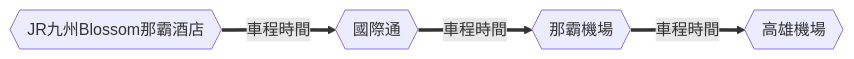
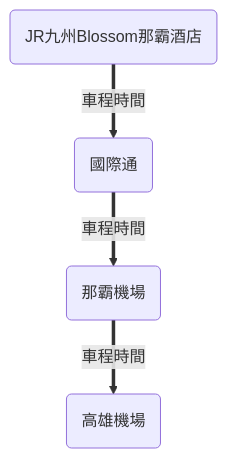
Diagram 12 of 12 in docs/blog/posts/okinawa/okinawa-2024-12/okinawa-2024-12.md (wilder640/trip), drawn with Mermaid before and after one commit. The commit also changed other lines of this file and 2 other files, not shown here.

````diff
--- a/docs/blog/posts/okinawa/okinawa-2024-12/okinawa-2024-12.md
+++ b/docs/blog/posts/okinawa/okinawa-2024-12/okinawa-2024-12.md
@@ -189,4 +367,4 @@
 ``` mermaid
-graph LR
-  A{{JR九州Blossom那霸酒店}} == 車程時間 ==> B{{國際通}} == 車程時間 ==> C{{那霸機場}} == 車程時間 ==> D{{高雄機場}}
+graph TD
+  A(JR九州Blossom那霸酒店) == 車程時間 ==> B(國際通) == 車程時間 ==> C(那霸機場) == 車程時間 ==> D(高雄機場)
 ```
````
